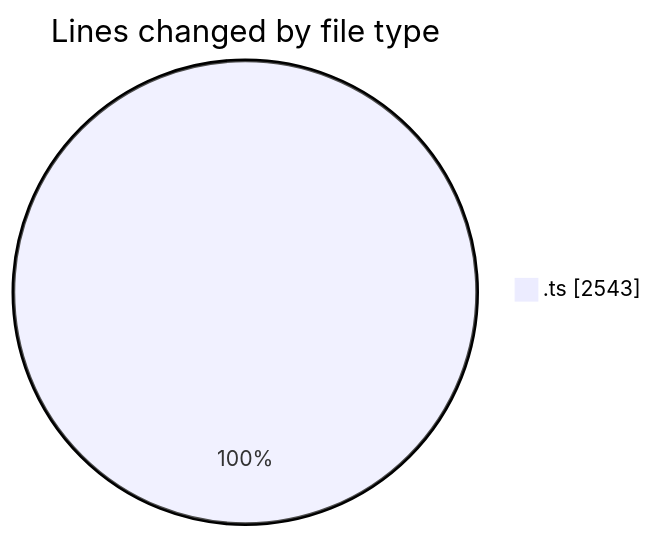
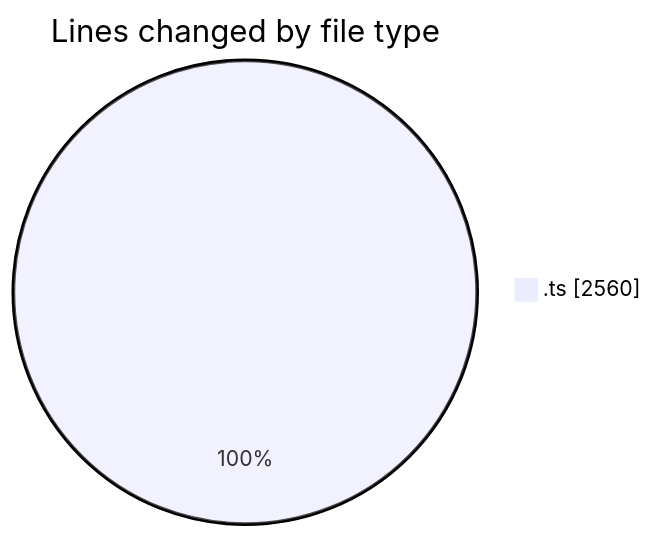
Before and after one commit to momahboobian/code-tracking: the first of 2 diagrams in 2025-08-07/cda/README.md, drawn with Mermaid. The commit also changed other lines of this file and 1 other file, not shown here.

````diff
--- a/2025-08-07/cda/README.md
+++ b/2025-08-07/cda/README.md
@@ -23,5 +23,5 @@
 ```mermaid
 pie showData
 title Lines changed by file type
-".ts" : 2543
+".ts" : 2560
 ```
````
